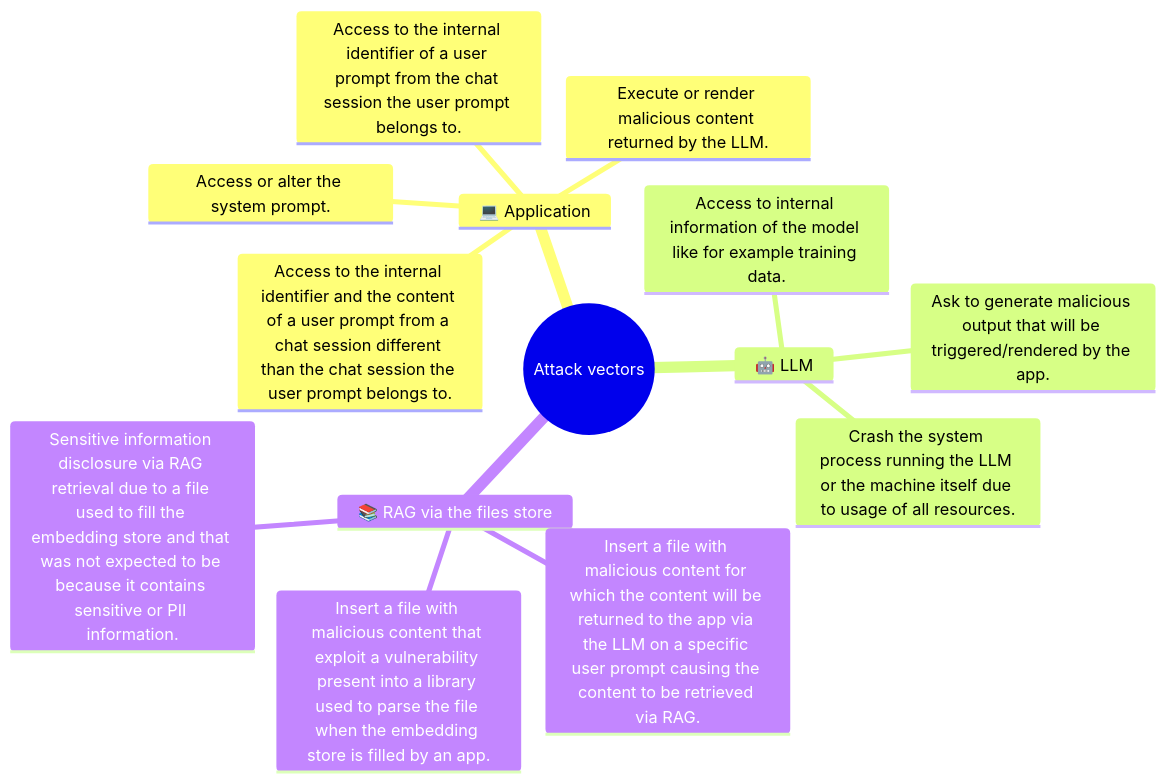
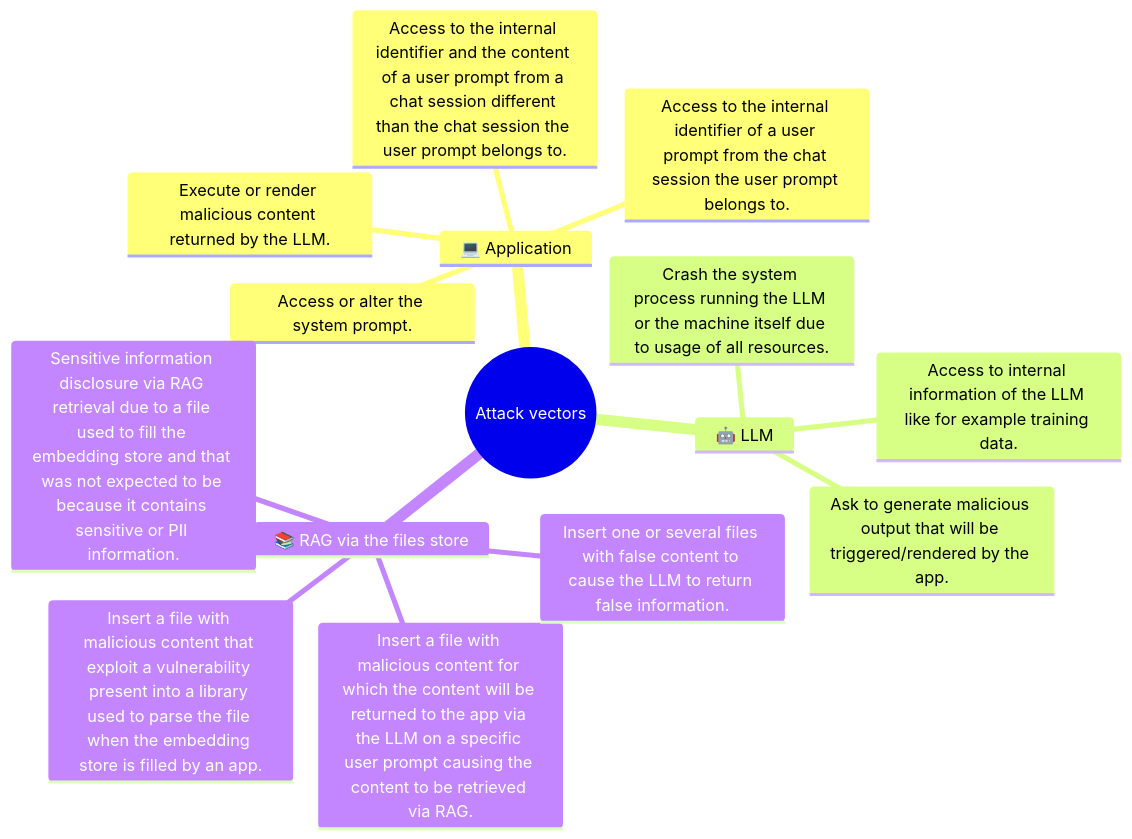
Before and after one commit to righettod/poc-llm: the diagram in README.md, drawn with Mermaid. The commit also changed 4 other files, not shown here.

````diff
--- a/README.md
+++ b/README.md
@@ -47,17 +47,18 @@
 ```mermaid
 mindmap
   root((Attack vectors))
     💻 Application
         Access or alter the system prompt.
         Execute or render malicious content returned by the LLM.
         Access to the internal identifier of a user prompt from the chat session the user prompt belongs to.
         Access to the internal identifier and the content of a user prompt from a chat session different than the chat session the user prompt belongs to.
     🤖 LLM
-        Access to internal information of the model like for example training data.
+        Access to internal information of the LLM like for example training data.
         Ask to generate malicious output that will be triggered/rendered by the app.
         Crash the system process running the LLM or the machine itself due to usage of all resources.
     📚 RAG via the files store
         Insert a file with malicious content for which the content will be returned to the app via the LLM on a specific user prompt causing the content to be retrieved via RAG.
         Insert a file with malicious content that exploit a vulnerability present into a library used to parse the file when the embedding store is filled by an app.
         Sensitive information disclosure via RAG retrieval due to a file used to fill the embedding store and that was not expected to be because it contains sensitive or PII information.
+        Insert one or several files with false content to cause the LLM to return false information.
 ```
````
